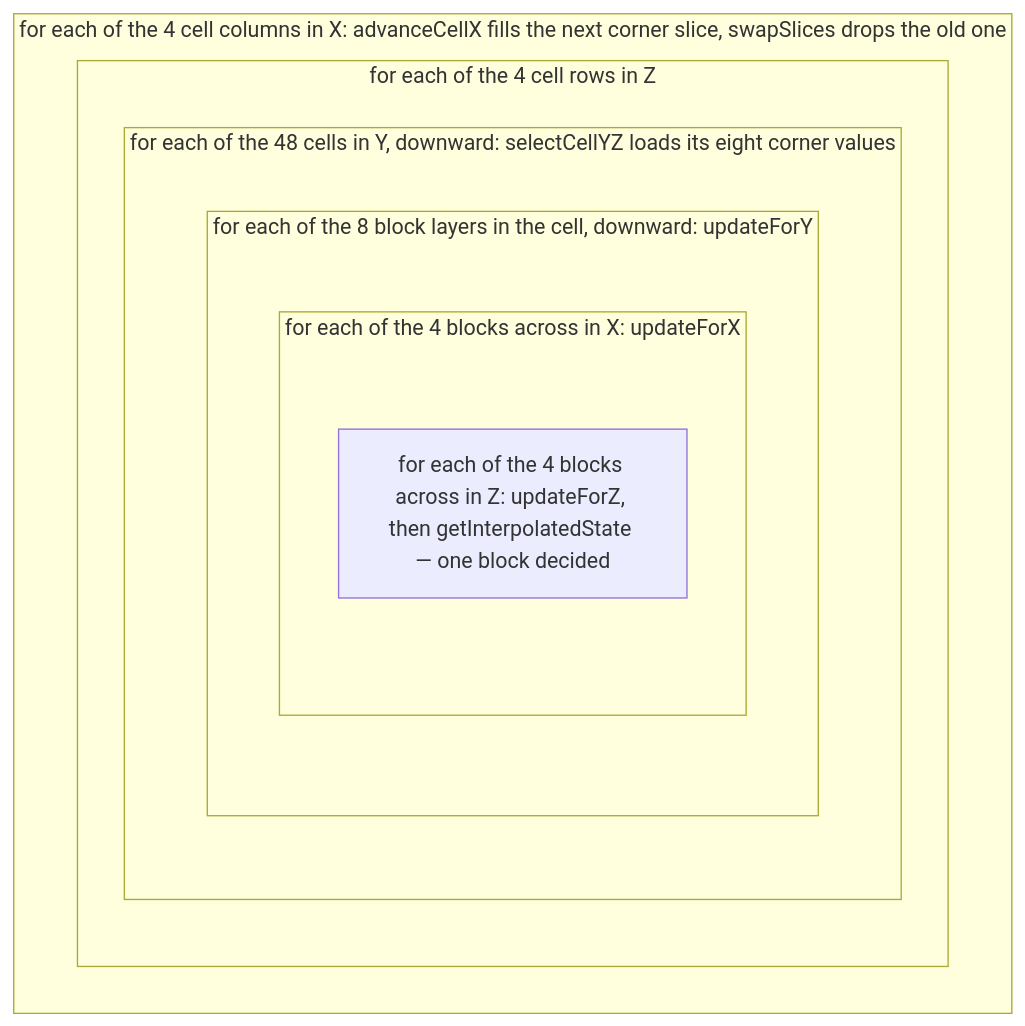
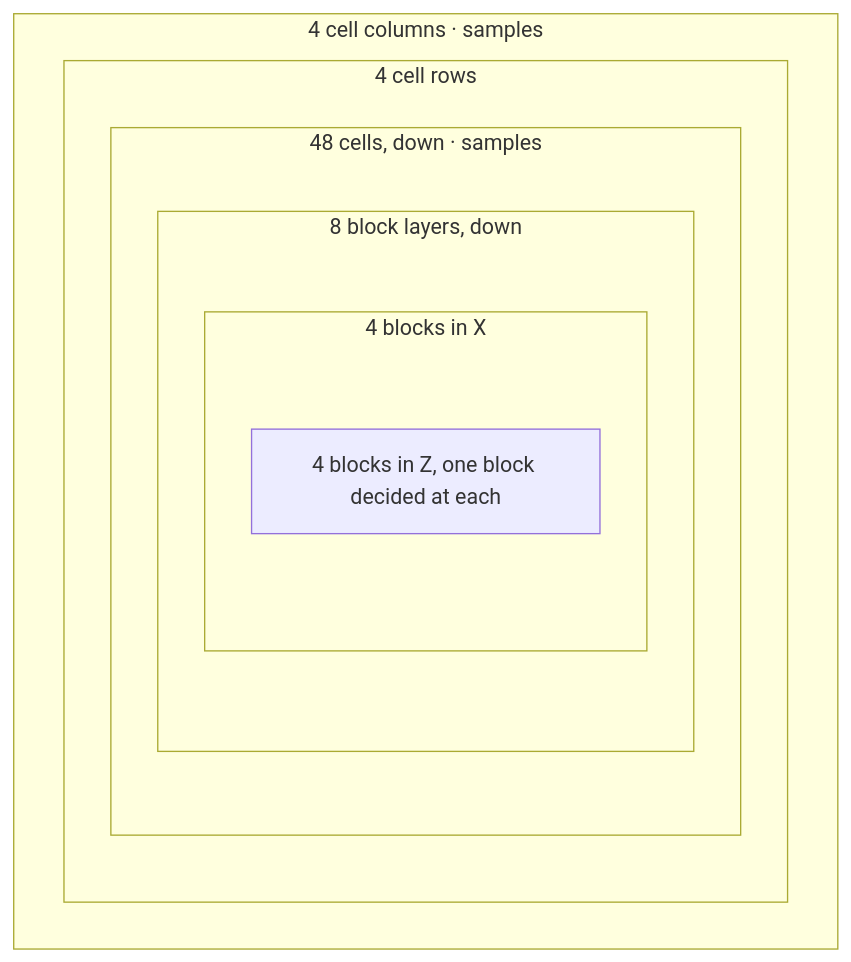
One commit to AlexanderjFraser/MinecraftDocs changed the second of 2 diagrams in src/systems/worldgen/terrain.md. Above: the diagram before and after it, drawn with Mermaid. The commit also changed other lines of this file and 16 other files, not shown here.

First line of the commit message:
pass 7, session L — Part XII: a figure that contradicted its page's own hook, twice, and the caller's method at the callee in a tenth part of ten

````diff
--- a/src/systems/worldgen/terrain.md
+++ b/src/systems/worldgen/terrain.md
@@ -121,14 +123,14 @@
 ```mermaid
-flowchart TB
-    subgraph CX["for each of the 4 cell columns in X: advanceCellX fills the next corner slice, swapSlices drops the old one"]
-    subgraph CZ["for each of the 4 cell rows in Z"]
-    subgraph CY["for each of the 48 cells in Y, downward: selectCellYZ loads its eight corner values"]
-    subgraph BY["for each of the 8 block layers in the cell, downward: updateForY"]
-    subgraph BX["for each of the 4 blocks across in X: updateForX"]
-    BZ["for each of the 4 blocks across in Z: updateForZ, then getInterpolatedState — one block decided"]
+flowchart TD
+    subgraph CX["4 cell columns · samples"]
+    subgraph CZ["4 cell rows"]
+    subgraph CY["48 cells, down · samples"]
+    subgraph BY["8 block layers, down"]
+    subgraph BX["4 blocks in X"]
+    BZ["4 blocks in Z, one block decided at each"]
     end
     end
     end
     end
     end
 ```
````
